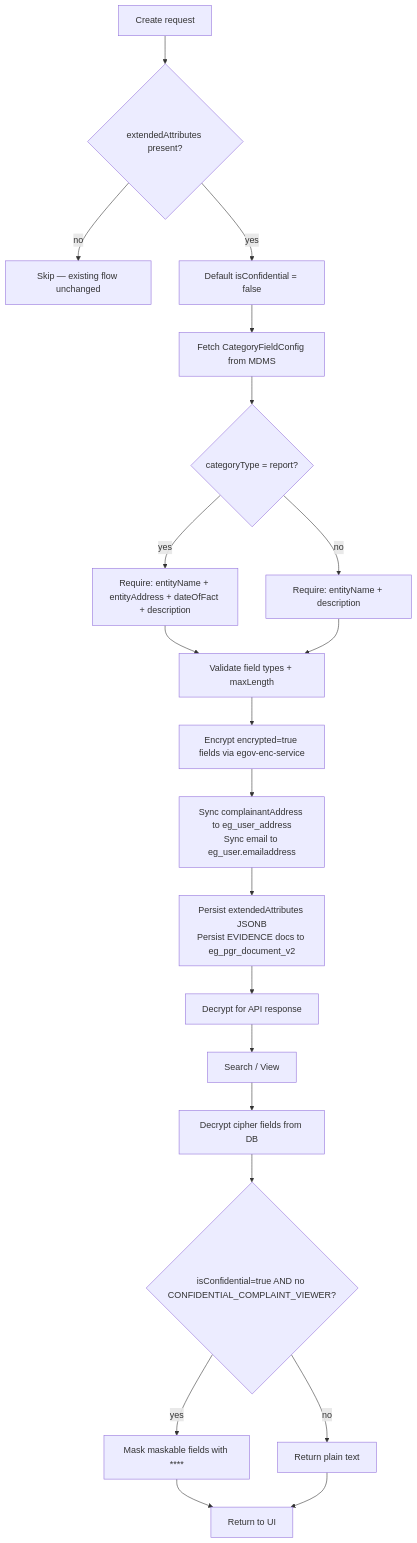
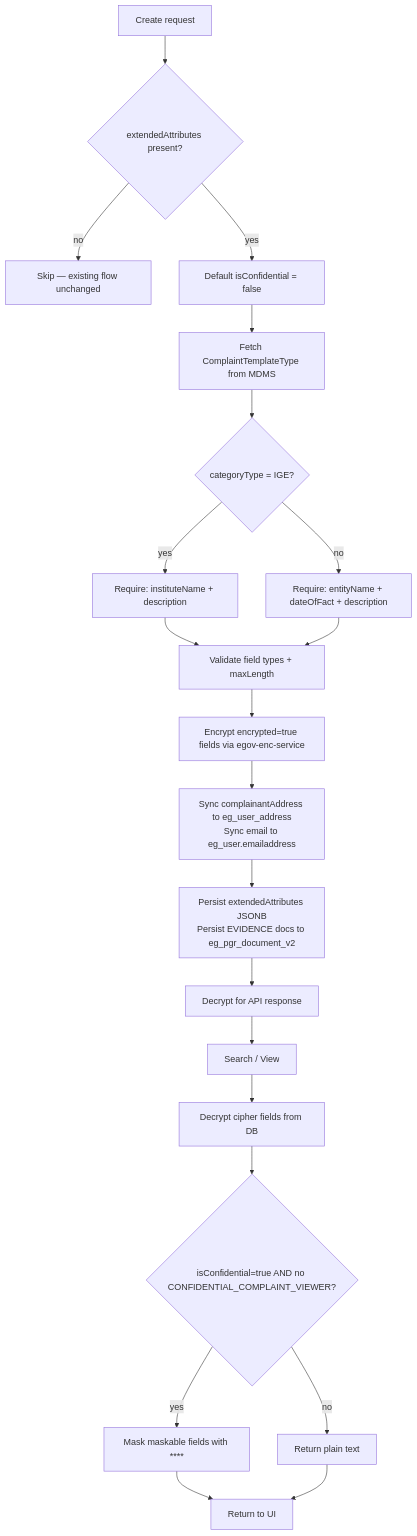
Before and after one commit to egovernments/Citizen-Complaint-Resolution-System: the third of 3 diagrams in docs/category-details-dynamic-fields.md, drawn with Mermaid. The commit also changed other lines of this file and 4 other files, not shown here.

````diff
--- a/docs/category-details-dynamic-fields.md
+++ b/docs/category-details-dynamic-fields.md
@@ -741,24 +695,24 @@
 ```mermaid
 flowchart TD
     A[Create request] --> B{extendedAttributes present?}
     B -- no  --> C[Skip — existing flow unchanged]
     B -- yes --> D[Default isConfidential = false]
-    D --> E[Fetch CategoryFieldConfig from MDMS]
-    E --> F{categoryType = report?}
-    F -- yes --> G[Require: entityName + entityAddress + dateOfFact + description]
-    F -- no  --> H[Require: entityName + description]
+    D --> E[Fetch ComplaintTemplateType from MDMS]
+    E --> F{categoryType = IGE?}
+    F -- yes --> G[Require: instituteName + description]
+    F -- no  --> H[Require: entityName + dateOfFact + description]
     G --> I[Validate field types + maxLength]
     H --> I
     I --> J[Encrypt encrypted=true fields via egov-enc-service]
     J --> K[Sync complainantAddress to eg_user_address\nSync email to eg_user.emailaddress]
     K --> L[Persist extendedAttributes JSONB\nPersist EVIDENCE docs to eg_pgr_document_v2]
     L --> M[Decrypt for API response]
 
     M --> N[Search / View]
     N --> O[Decrypt cipher fields from DB]
     O --> P{isConfidential=true AND no CONFIDENTIAL_COMPLAINT_VIEWER?}
     P -- yes --> Q[Mask maskable fields with ****]
     P -- no  --> R[Return plain text]
     Q --> S[Return to UI]
     R --> S
 ```
````
